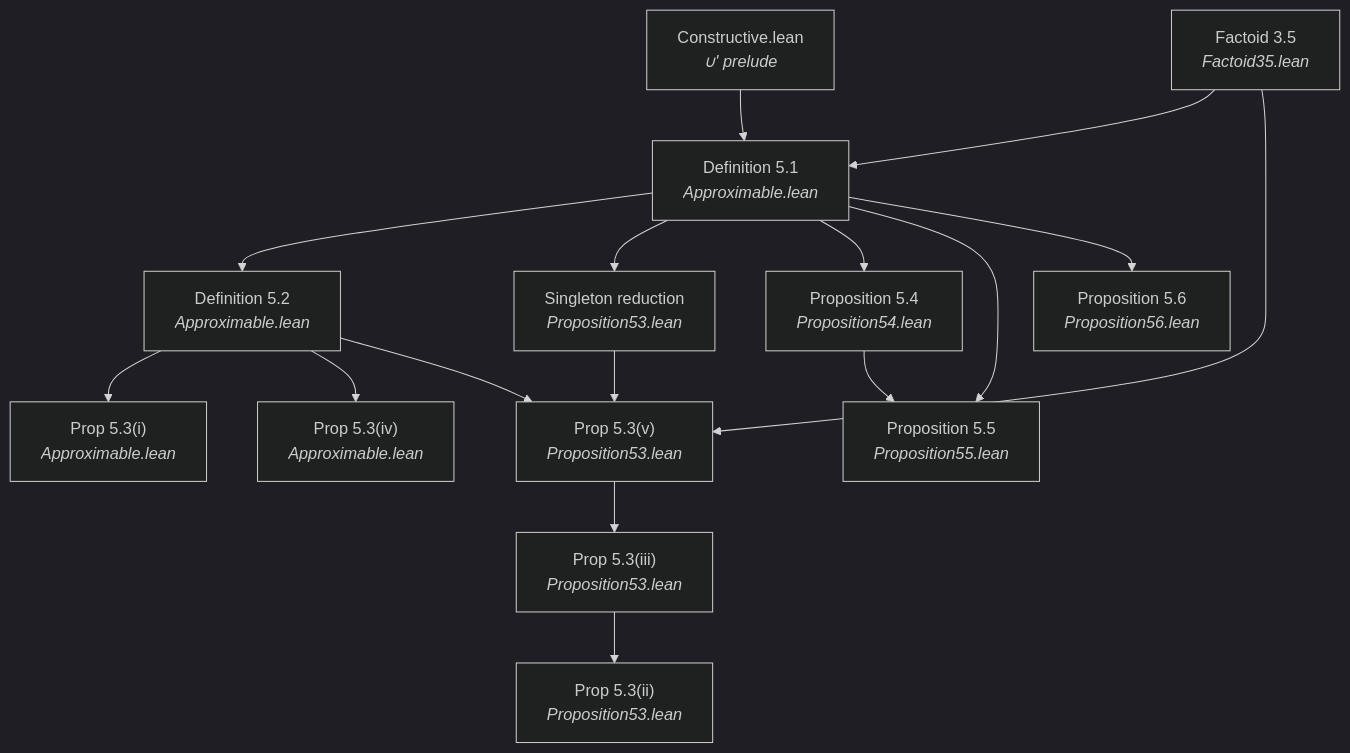
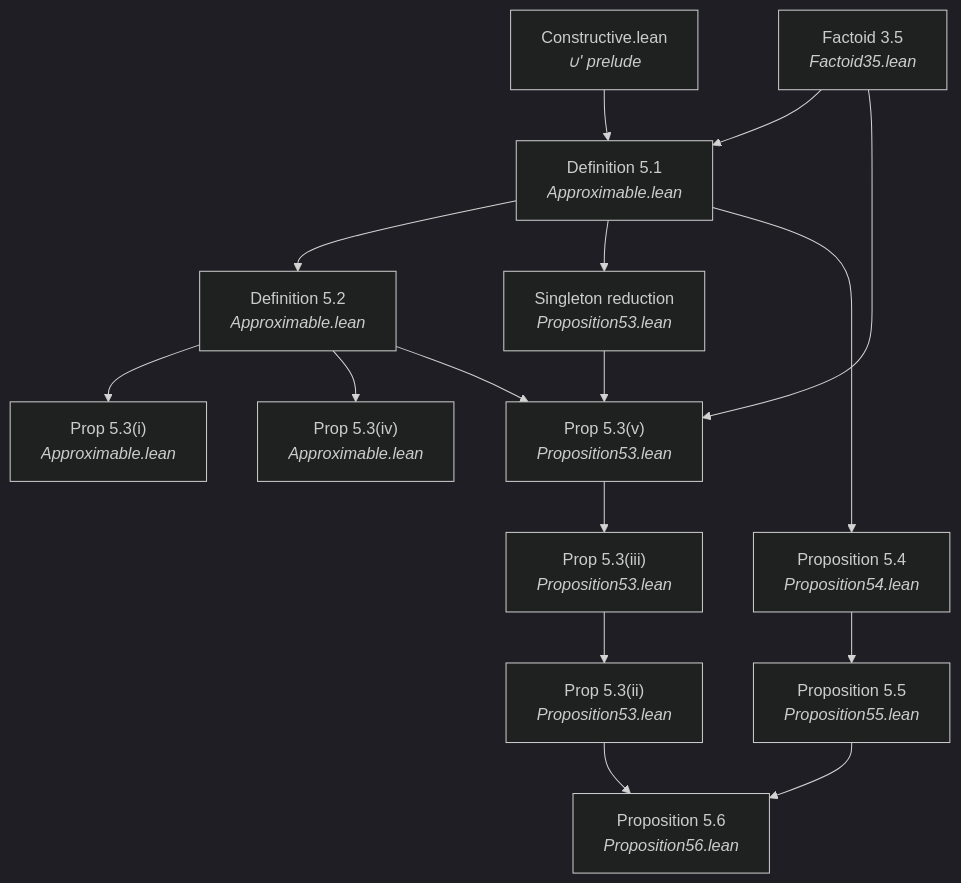
The seventh of 10 diagrams in arxiv.md (catskillsresearch/scott1982), drawn with Mermaid (dark theme) before and after one commit. The commit also changed other lines of this file and 3 other files, not shown here.

First line of the commit message:
Prove Proposition 5.6 and align the §5 Lean dependency mermaid.

````diff
--- a/arxiv.md
+++ b/arxiv.md
@@ -346,31 +346,31 @@
 ```mermaid
 flowchart TD
   C["Constructive.lean<br/><i>∪' prelude</i>"]
   F35["Factoid 3.5<br/><i>Factoid35.lean</i>"]
   D51["Definition 5.1<br/><i>Approximable.lean</i>"]
   D52["Definition 5.2<br/><i>Approximable.lean</i>"]
   P53i["Prop 5.3(i)<br/><i>Approximable.lean</i>"]
   P53ii["Prop 5.3(ii)<br/><i>Proposition53.lean</i>"]
   P53iii["Prop 5.3(iii)<br/><i>Proposition53.lean</i>"]
   P53iv["Prop 5.3(iv)<br/><i>Approximable.lean</i>"]
   Sing["Singleton reduction<br/><i>Proposition53.lean</i>"]
   P53v["Prop 5.3(v)<br/><i>Proposition53.lean</i>"]
   P54["Proposition 5.4<br/><i>Proposition54.lean</i>"]
   P55["Proposition 5.5<br/><i>Proposition55.lean</i>"]
   P56["Proposition 5.6<br/><i>Proposition56.lean</i>"]
   C --> D51
   F35 --> D51
   D51 --> D52
   D52 --> P53i
   D52 --> P53iv
   D51 --> Sing
   Sing --> P53v
   D52 --> P53v
   F35 --> P53v
   P53v --> P53iii
   P53iii --> P53ii
   D51 --> P54
-  D51 --> P55
-  D51 --> P56
   P54 --> P55
+  P53ii --> P56
+  P55 --> P56
 ```
````
